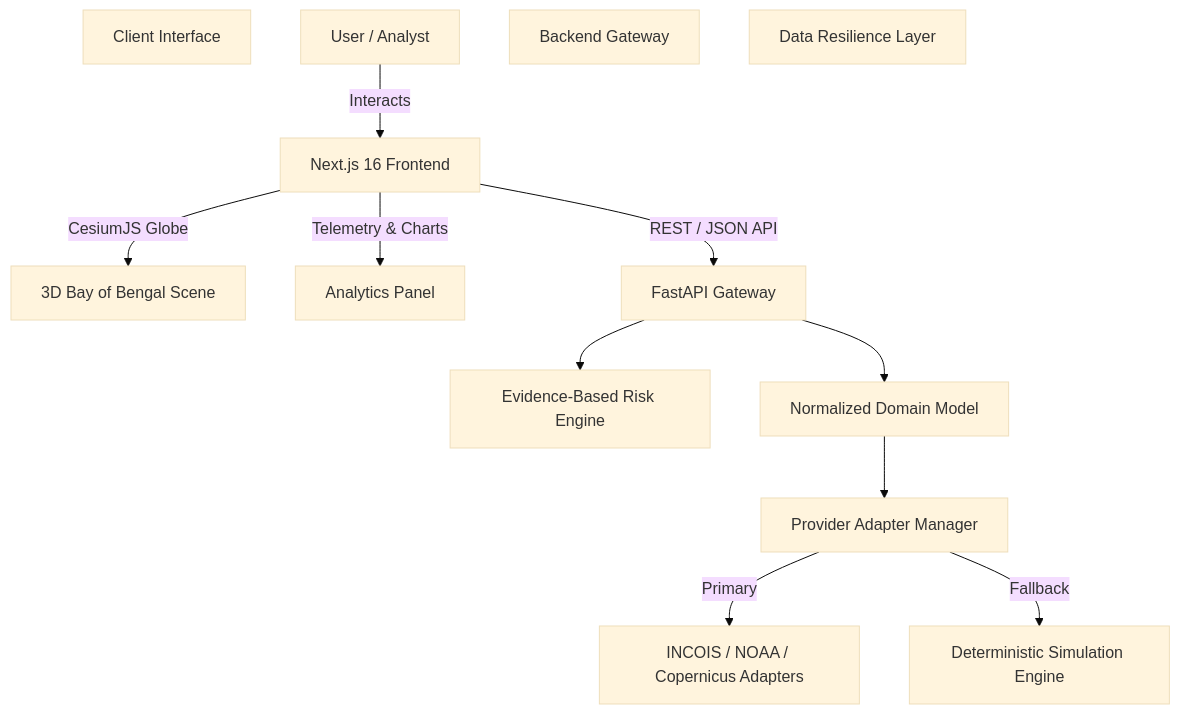
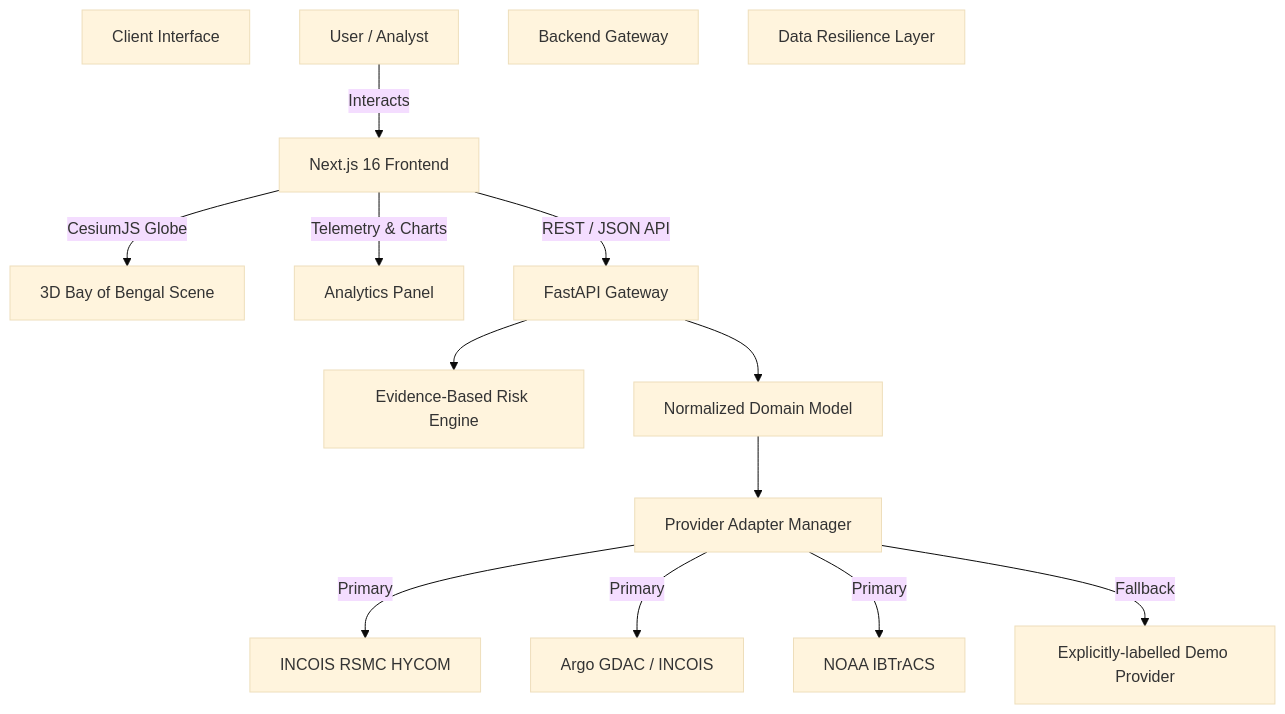
One commit to biswyaa28/Ocean-X changed the diagram in README.md. Above: the diagram before and after it, drawn with Mermaid (base theme). The commit also changed other lines of this file and 38 other files, not shown here.

````diff
--- a/README.md
+++ b/README.md
@@ -244,17 +282,19 @@
 ```mermaid
 graph TD
     SubGraph1[Client Interface]
     User[User / Analyst] -->|Interacts| UI[Next.js 16 Frontend]
     UI -->|CesiumJS Globe| Globe[3D Bay of Bengal Scene]
     UI -->|Telemetry & Charts| Recharts[Analytics Panel]
 
     SubGraph2[Backend Gateway]
     UI -->|REST / JSON API| API[FastAPI Gateway]
     API --> RiskEngine[Evidence-Based Risk Engine]
     API --> DomainModel[Normalized Domain Model]
 
     SubGraph3[Data Resilience Layer]
     DomainModel --> AdapterMgr[Provider Adapter Manager]
-    AdapterMgr -->|Primary| RealData[INCOIS / NOAA / Copernicus Adapters]
-    AdapterMgr -->|Fallback| SimData[Deterministic Simulation Engine]
+    AdapterMgr -->|Primary| RealData[INCOIS RSMC HYCOM]
+    AdapterMgr -->|Primary| RealData2[Argo GDAC / INCOIS]
+    AdapterMgr -->|Primary| RealData3[NOAA IBTrACS]
+    AdapterMgr -->|Fallback| SimData[Explicitly-labelled Demo Provider]
 ```
````
